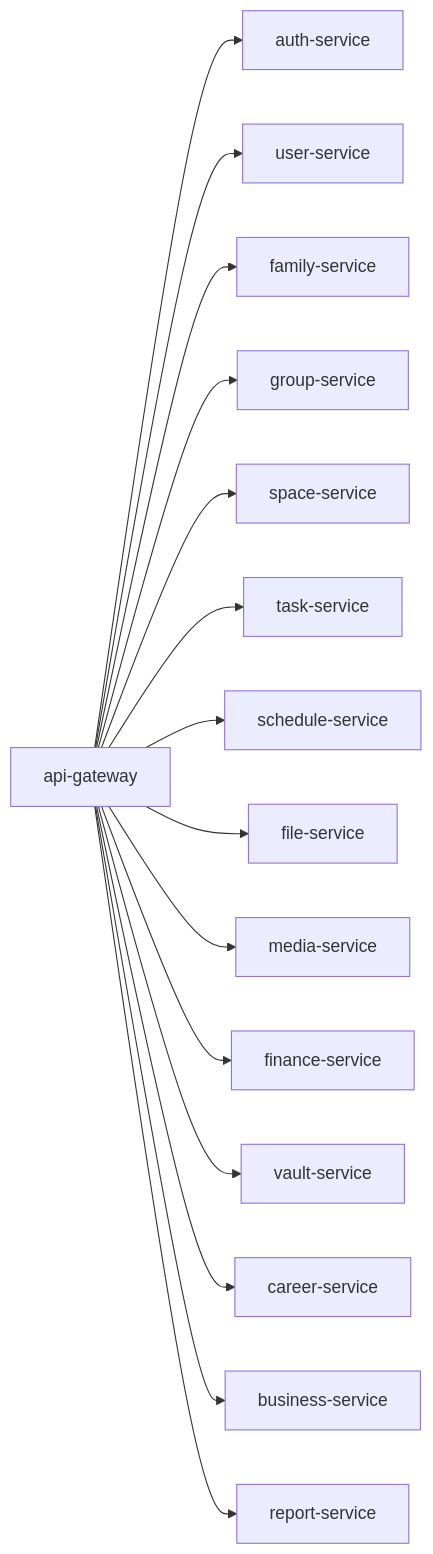
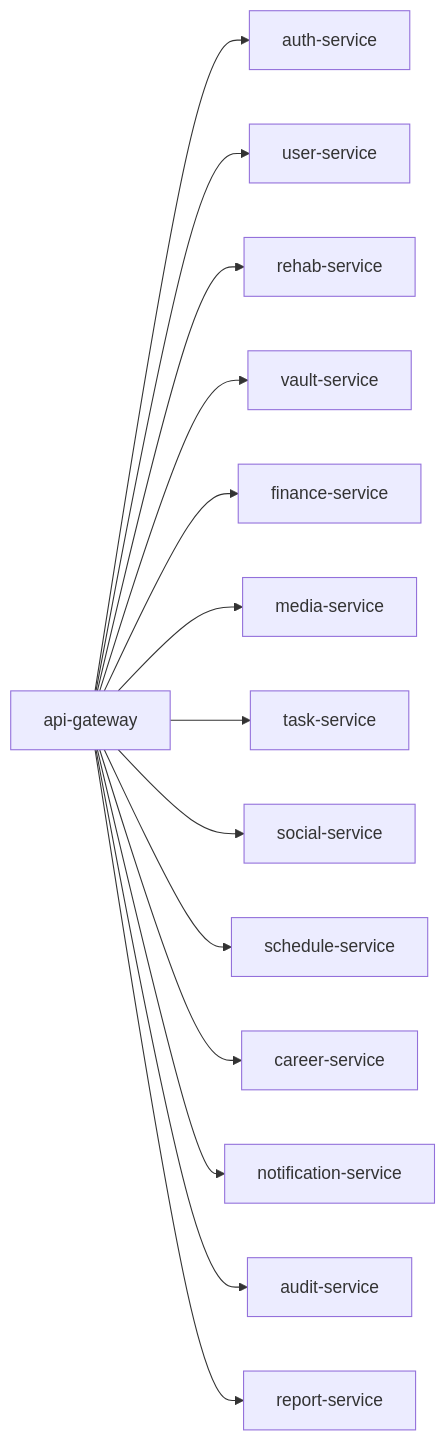
Before and after one commit to LIFETRACK-PLATFORM/lifetrack-docs: the diagram in ARCHITECTURE.md, drawn with Mermaid. The commit also changed other lines of this file and 2 other files, not shown here.

Commit message:
refactor: consolidate microservice architecture by merging modules and introducing an opt-in activation model for user-specific features

````diff
--- a/ARCHITECTURE.md
+++ b/ARCHITECTURE.md
@@ -34,17 +35,16 @@
 ```mermaid
 graph LR
     GW[api-gateway] --> AUTH[auth-service]
     GW --> USER[user-service]
-    GW --> FAMILY[family-service]
-    GW --> GROUP[group-service]
-    GW --> SPACE[space-service]
+    GW --> REHAB[rehab-service]
+    GW --> VAULT[vault-service]
+    GW --> FIN[finance-service]
+    GW --> MEDIA[media-service]
     GW --> TASK[task-service]
+    GW --> SOCIAL[social-service]
     GW --> SCHED[schedule-service]
-    GW --> FILE[file-service]
-    GW --> MEDIA[media-service]
-    GW --> FIN[finance-service]
-    GW --> VAULT[vault-service]
     GW --> CAREER[career-service]
-    GW --> BIZ[business-service]
+    GW --> NOTIF[notification-service]
+    GW --> AUDIT[audit-service]
     GW --> REPORT[report-service]
 ```
````
